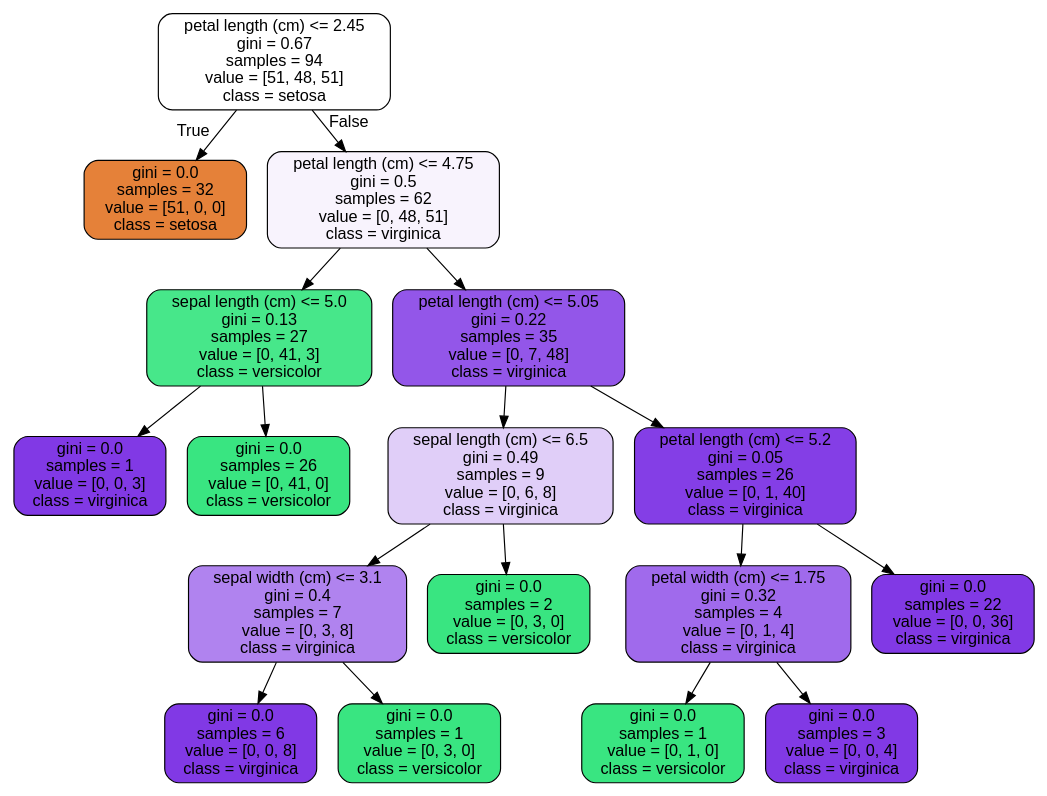
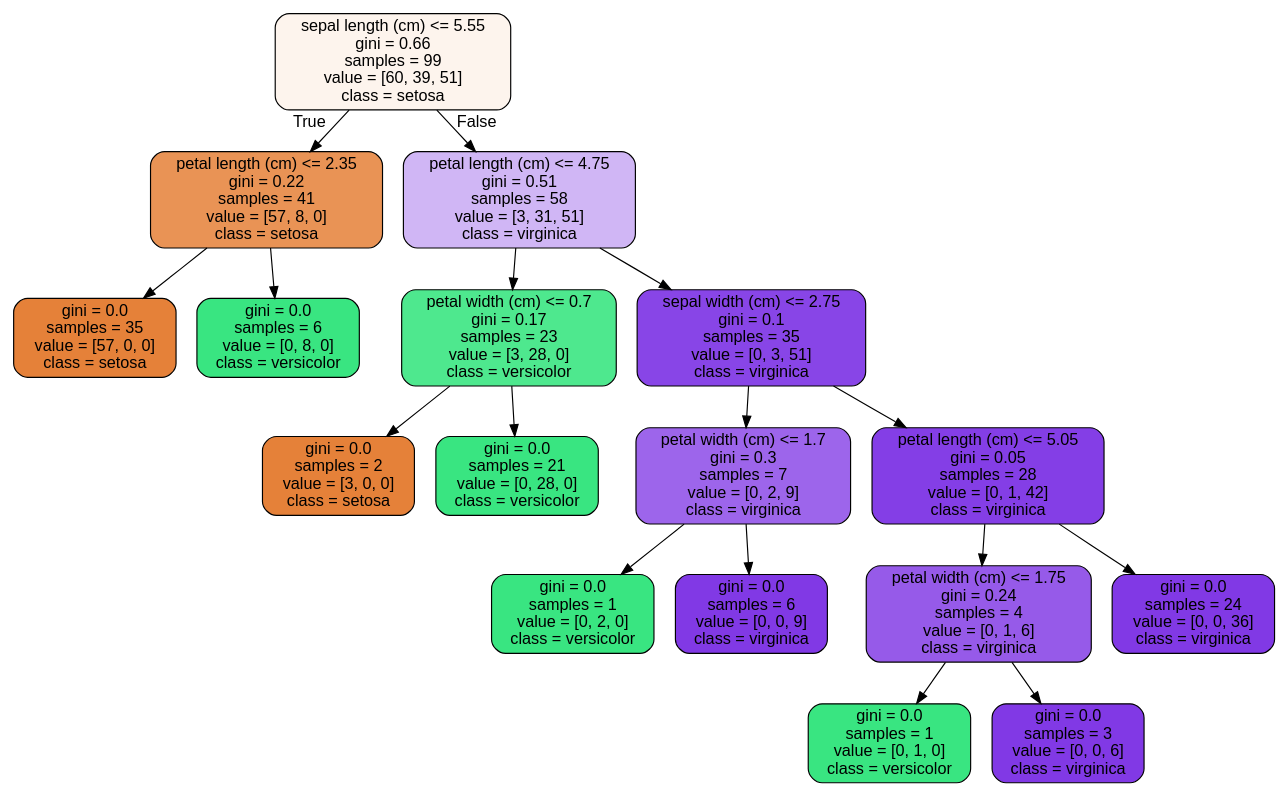
The diagram in ML models/RandomForest Covid Case Study_06302020/tree.dot (quinle/springboard), drawn with Graphviz before and after one commit. The commit also changed 2 other files, not shown here.

```diff
--- a/ML models/RandomForest Covid Case Study_06302020/tree.dot
+++ b/ML models/RandomForest Covid Case Study_06302020/tree.dot
@@ -1,37 +1,37 @@
 digraph Tree {
 node [shape=box, style="filled, rounded", color="black", fontname="helvetica"] ;
 edge [fontname="helvetica"] ;
-0 [label="petal length (cm) <= 2.45\ngini = 0.67\nsamples = 94\nvalue = [51, 48, 51]\nclass = setosa", fillcolor="#ffffff"] ;
-1 [label="gini = 0.0\nsamples = 32\nvalue = [51, 0, 0]\nclass = setosa", fillcolor="#e58139"] ;
+0 [label="sepal length (cm) <= 5.55\ngini = 0.66\nsamples = 99\nvalue = [60, 39, 51]\nclass = setosa", fillcolor="#fdf4ed"] ;
+1 [label="petal length (cm) <= 2.35\ngini = 0.22\nsamples = 41\nvalue = [57, 8, 0]\nclass = setosa", fillcolor="#e99355"] ;
 0 -> 1 [labeldistance=2.5, labelangle=45, headlabel="True"] ;
-2 [label="petal length (cm) <= 4.75\ngini = 0.5\nsamples = 62\nvalue = [0, 48, 51]\nclass = virginica", fillcolor="#f8f3fd"] ;
-0 -> 2 [labeldistance=2.5, labelangle=-45, headlabel="False"] ;
-3 [label="sepal length (cm) <= 5.0\ngini = 0.13\nsamples = 27\nvalue = [0, 41, 3]\nclass = versicolor", fillcolor="#47e78a"] ;
-2 -> 3 ;
-4 [label="gini = 0.0\nsamples = 1\nvalue = [0, 0, 3]\nclass = virginica", fillcolor="#8139e5"] ;
-3 -> 4 ;
-5 [label="gini = 0.0\nsamples = 26\nvalue = [0, 41, 0]\nclass = versicolor", fillcolor="#39e581"] ;
-3 -> 5 ;
-6 [label="petal length (cm) <= 5.05\ngini = 0.22\nsamples = 35\nvalue = [0, 7, 48]\nclass = virginica", fillcolor="#9356e9"] ;
-2 -> 6 ;
-7 [label="sepal length (cm) <= 6.5\ngini = 0.49\nsamples = 9\nvalue = [0, 6, 8]\nclass = virginica", fillcolor="#e0cef8"] ;
-6 -> 7 ;
-8 [label="sepal width (cm) <= 3.1\ngini = 0.4\nsamples = 7\nvalue = [0, 3, 8]\nclass = virginica", fillcolor="#b083ef"] ;
-7 -> 8 ;
-9 [label="gini = 0.0\nsamples = 6\nvalue = [0, 0, 8]\nclass = virginica", fillcolor="#8139e5"] ;
+2 [label="gini = 0.0\nsamples = 35\nvalue = [57, 0, 0]\nclass = setosa", fillcolor="#e58139"] ;
+1 -> 2 ;
+3 [label="gini = 0.0\nsamples = 6\nvalue = [0, 8, 0]\nclass = versicolor", fillcolor="#39e581"] ;
+1 -> 3 ;
+4 [label="petal length (cm) <= 4.75\ngini = 0.51\nsamples = 58\nvalue = [3, 31, 51]\nclass = virginica", fillcolor="#d0b6f5"] ;
+0 -> 4 [labeldistance=2.5, labelangle=-45, headlabel="False"] ;
+5 [label="petal width (cm) <= 0.7\ngini = 0.17\nsamples = 23\nvalue = [3, 28, 0]\nclass = versicolor", fillcolor="#4ee88e"] ;
+4 -> 5 ;
+6 [label="gini = 0.0\nsamples = 2\nvalue = [3, 0, 0]\nclass = setosa", fillcolor="#e58139"] ;
+5 -> 6 ;
+7 [label="gini = 0.0\nsamples = 21\nvalue = [0, 28, 0]\nclass = versicolor", fillcolor="#39e581"] ;
+5 -> 7 ;
+8 [label="sepal width (cm) <= 2.75\ngini = 0.1\nsamples = 35\nvalue = [0, 3, 51]\nclass = virginica", fillcolor="#8845e7"] ;
+4 -> 8 ;
+9 [label="petal width (cm) <= 1.7\ngini = 0.3\nsamples = 7\nvalue = [0, 2, 9]\nclass = virginica", fillcolor="#9d65eb"] ;
 8 -> 9 ;
-10 [label="gini = 0.0\nsamples = 1\nvalue = [0, 3, 0]\nclass = versicolor", fillcolor="#39e581"] ;
-8 -> 10 ;
-11 [label="gini = 0.0\nsamples = 2\nvalue = [0, 3, 0]\nclass = versicolor", fillcolor="#39e581"] ;
-7 -> 11 ;
-12 [label="petal length (cm) <= 5.2\ngini = 0.05\nsamples = 26\nvalue = [0, 1, 40]\nclass = virginica", fillcolor="#843ee6"] ;
-6 -> 12 ;
-13 [label="petal width (cm) <= 1.75\ngini = 0.32\nsamples = 4\nvalue = [0, 1, 4]\nclass = virginica", fillcolor="#a06aec"] ;
+10 [label="gini = 0.0\nsamples = 1\nvalue = [0, 2, 0]\nclass = versicolor", fillcolor="#39e581"] ;
+9 -> 10 ;
+11 [label="gini = 0.0\nsamples = 6\nvalue = [0, 0, 9]\nclass = virginica", fillcolor="#8139e5"] ;
+9 -> 11 ;
+12 [label="petal length (cm) <= 5.05\ngini = 0.05\nsamples = 28\nvalue = [0, 1, 42]\nclass = virginica", fillcolor="#843ee6"] ;
+8 -> 12 ;
+13 [label="petal width (cm) <= 1.75\ngini = 0.24\nsamples = 4\nvalue = [0, 1, 6]\nclass = virginica", fillcolor="#965ae9"] ;
 12 -> 13 ;
 14 [label="gini = 0.0\nsamples = 1\nvalue = [0, 1, 0]\nclass = versicolor", fillcolor="#39e581"] ;
 13 -> 14 ;
-15 [label="gini = 0.0\nsamples = 3\nvalue = [0, 0, 4]\nclass = virginica", fillcolor="#8139e5"] ;
+15 [label="gini = 0.0\nsamples = 3\nvalue = [0, 0, 6]\nclass = virginica", fillcolor="#8139e5"] ;
 13 -> 15 ;
-16 [label="gini = 0.0\nsamples = 22\nvalue = [0, 0, 36]\nclass = virginica", fillcolor="#8139e5"] ;
+16 [label="gini = 0.0\nsamples = 24\nvalue = [0, 0, 36]\nclass = virginica", fillcolor="#8139e5"] ;
 12 -> 16 ;
 }
```
